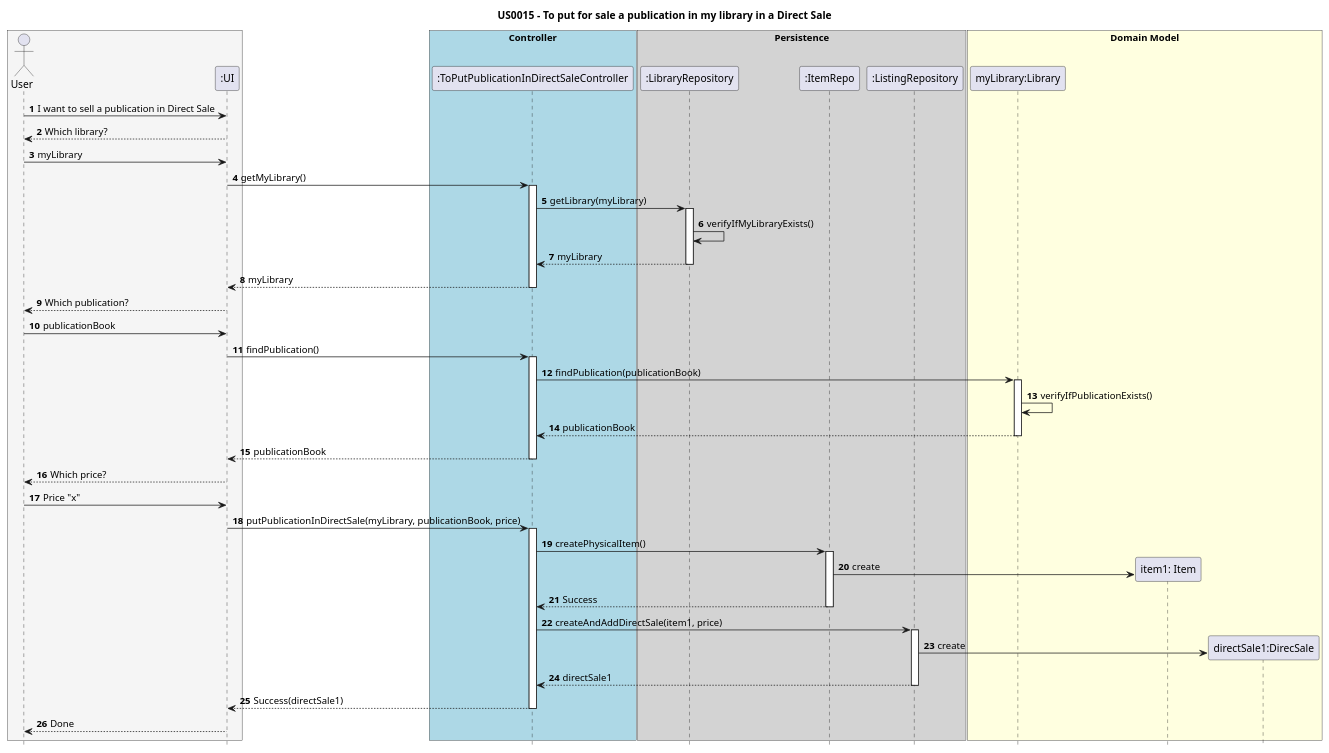
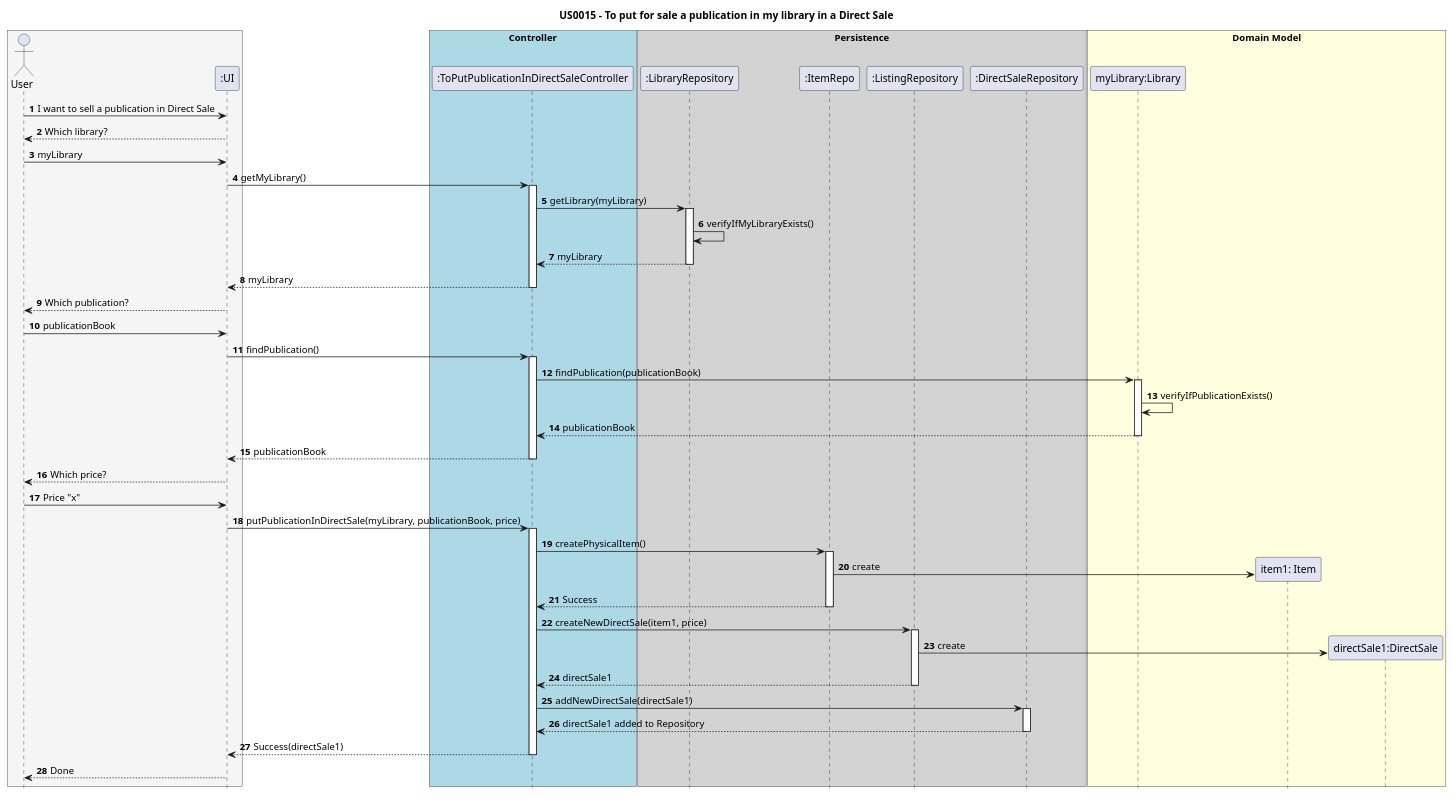
One commit to AndrePereiraGitH/SWitCH-Project-Team_A changed the diagram in Diagrams/SequenceDiagrams/N2/US015-To-put-for-a-sale-a-publication-in-my-library-in-a-direct-sale.puml. Above: the diagram before and after it, drawn with PlantUML. The commit also changed 1 other file, not shown here.

```diff
--- a/Diagrams/SequenceDiagrams/N2/US015-To-put-for-a-sale-a-publication-in-my-library-in-a-direct-sale.puml
+++ b/Diagrams/SequenceDiagrams/N2/US015-To-put-for-a-sale-a-publication-in-my-library-in-a-direct-sale.puml
@@ -1,77 +1,83 @@
 @startuml
 autonumber
 hide footbox
 title US0015 - To put for sale a publication in my library in a Direct Sale
 
 box #WhiteSmoke
 actor User
 participant ":UI" as UI
 end box
 
 box "Controller" #LightBlue
 participant ":ToPutPublicationInDirectSaleController" as C
 end box
 
 box "Persistence" #LightGrey
 participant ":LibraryRepository" as LibRepo
 participant ":ItemRepo" as Item
 participant ":ListingRepository" as ListRepo
+participant ":DirectSaleRepository" as DirSaleRepo
 end box
 
 box "Domain Model"#LightYellow
 participant "myLibrary:Library" as Lib
 
 User -> UI : I want to sell a publication in Direct Sale
 UI --> User : Which library?
 User -> UI : myLibrary
 
 
 UI -> C : getMyLibrary()
 activate C
 C -> LibRepo : getLibrary(myLibrary)
 activate LibRepo
 LibRepo -> LibRepo : verifyIfMyLibraryExists()
 LibRepo --> C : myLibrary
 deactivate LibRepo
 C --> UI : myLibrary
 deactivate C
 
 
 UI --> User : Which publication?
 User -> UI : publicationBook
 
 UI -> C : findPublication()
 activate C
 C -> Lib : findPublication(publicationBook)
 activate Lib
 Lib -> Lib : verifyIfPublicationExists()
 Lib --> C : publicationBook
 deactivate Lib
 C --> UI : publicationBook
 deactivate C
 
 
 UI --> User : Which price?
 User -> UI : Price "x"
 
 UI -> C : putPublicationInDirectSale(myLibrary, publicationBook, price)
 activate C
 C -> Item : createPhysicalItem()
 activate Item
 create "item1: Item" as item1
 Item -> item1 : create
 Item --> C : Success
 deactivate Item
 
-C -> ListRepo : createAndAddDirectSale(item1, price)
+C -> ListRepo : createNewDirectSale(item1, price)
 activate ListRepo
-create "directSale1:DirecSale" as directSale1
+create "directSale1:DirectSale" as directSale1
 ListRepo -> directSale1 : create
 ListRepo --> C : directSale1
 deactivate ListRepo
+
+C -> DirSaleRepo : addNewDirectSale(directSale1)
+activate DirSaleRepo
+DirSaleRepo --> C : directSale1 added to Repository
+deactivate DirSaleRepo
 end box
 
 C --> UI : Success(directSale1)
 deactivate C
 UI --> User : Done
 @enduml
```
